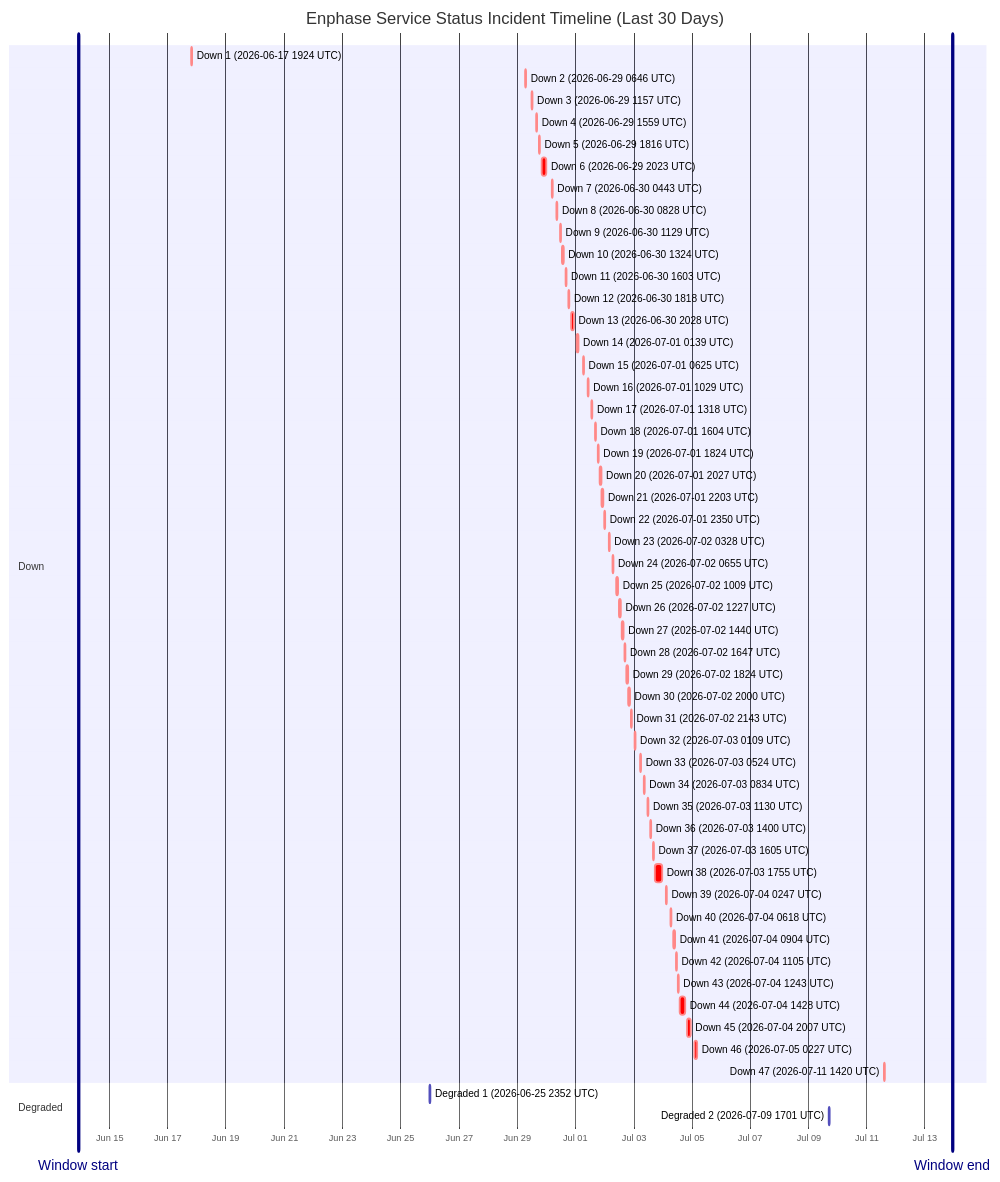
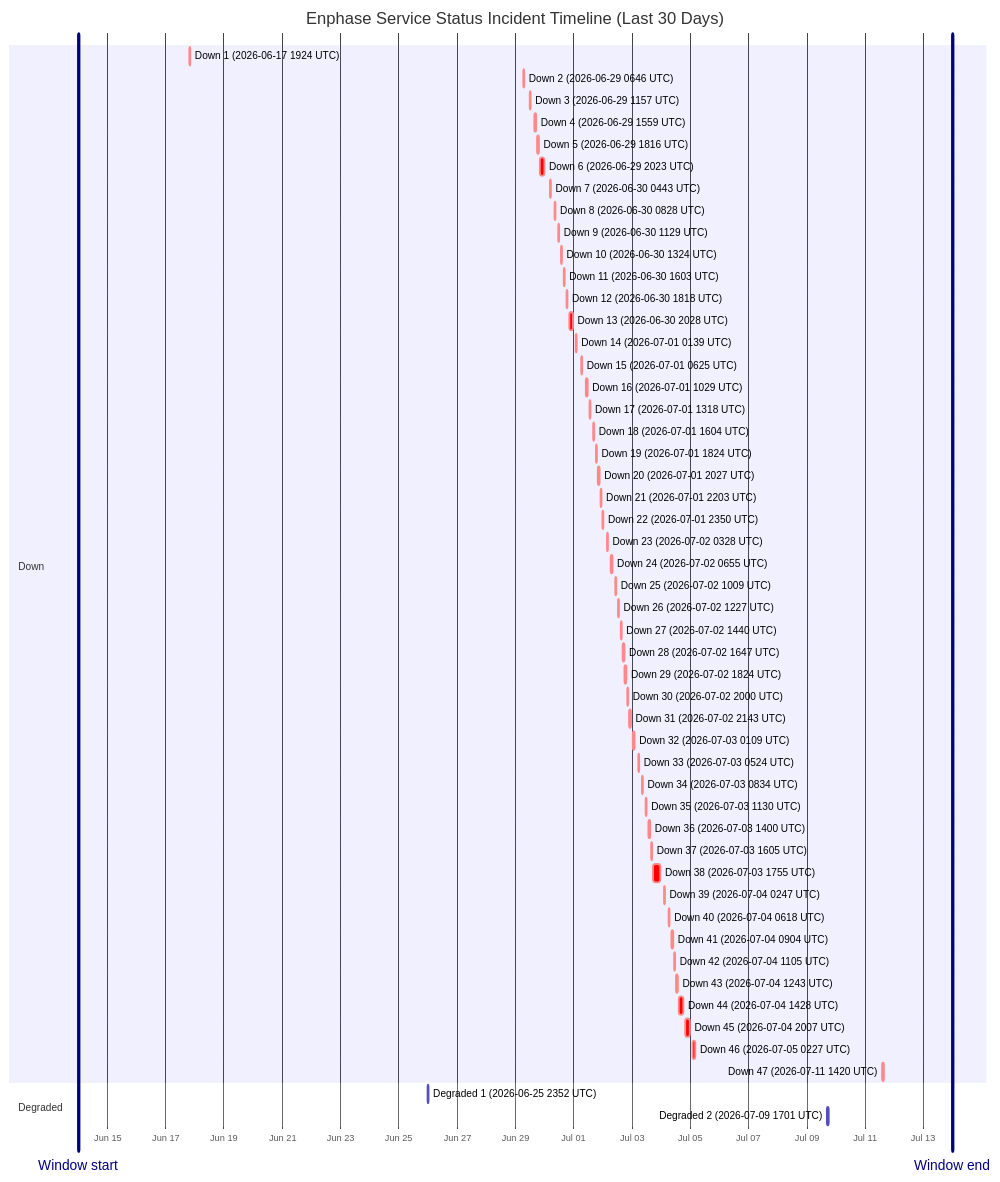
The diagram in wiki/Service-Status-History.md (barneyonline/ha-enphase-energy), drawn with Mermaid before and after one commit. The commit also changed other lines of this file and 3 other files, not shown here.

````diff
--- a/wiki/Service-Status-History.md
+++ b/wiki/Service-Status-History.md
@@ -14,59 +14,59 @@
 ```mermaid
 gantt
     title Enphase Service Status Incident Timeline (Last 30 Days)
     dateFormat  YYYY-MM-DDTHH:mm:ss
     axisFormat  %b %d
-    Window start :vert, window-start, 2026-06-13T22:30:11, 0ms
-    Window end :vert, window-end, 2026-07-13T22:30:11, 0ms
+    Window start :vert, window-start, 2026-06-13T23:53:21, 0ms
+    Window end :vert, window-end, 2026-07-13T23:53:21, 0ms
     section Down
     Down 1 (2026-06-17 1924 UTC) :crit, down-1, 2026-06-17T19:24:51, 60m
     Down 2 (2026-06-29 0646 UTC) :crit, down-2, 2026-06-29T06:46:18, 60m
     Down 3 (2026-06-29 1157 UTC) :crit, down-3, 2026-06-29T11:57:36, 60m
     Down 4 (2026-06-29 1559 UTC) :crit, down-4, 2026-06-29T15:59:02, 60m
     Down 5 (2026-06-29 1816 UTC) :crit, down-5, 2026-06-29T18:16:38, 60m
     Down 6 (2026-06-29 2023 UTC) :crit, down-6, 2026-06-29T20:23:16, 220m
     Down 7 (2026-06-30 0443 UTC) :crit, down-7, 2026-06-30T04:43:54, 60m
     Down 8 (2026-06-30 0828 UTC) :crit, down-8, 2026-06-30T08:28:43, 60m
     Down 9 (2026-06-30 1129 UTC) :crit, down-9, 2026-06-30T11:29:15, 60m
     Down 10 (2026-06-30 1324 UTC) :crit, down-10, 2026-06-30T13:24:25, 60m
     Down 11 (2026-06-30 1603 UTC) :crit, down-11, 2026-06-30T16:03:26, 60m
     Down 12 (2026-06-30 1818 UTC) :crit, down-12, 2026-06-30T18:18:39, 60m
     Down 13 (2026-06-30 2028 UTC) :crit, down-13, 2026-06-30T20:28:54, 171m
     Down 14 (2026-07-01 0139 UTC) :crit, down-14, 2026-07-01T01:39:18, 60m
     Down 15 (2026-07-01 0625 UTC) :crit, down-15, 2026-07-01T06:25:35, 60m
     Down 16 (2026-07-01 1029 UTC) :crit, down-16, 2026-07-01T10:29:24, 60m
     Down 17 (2026-07-01 1318 UTC) :crit, down-17, 2026-07-01T13:18:31, 60m
     Down 18 (2026-07-01 1604 UTC) :crit, down-18, 2026-07-01T16:04:29, 60m
     Down 19 (2026-07-01 1824 UTC) :crit, down-19, 2026-07-01T18:24:21, 60m
     Down 20 (2026-07-01 2027 UTC) :crit, down-20, 2026-07-01T20:27:17, 60m
     Down 21 (2026-07-01 2203 UTC) :crit, down-21, 2026-07-01T22:03:46, 60m
     Down 22 (2026-07-01 2350 UTC) :crit, down-22, 2026-07-01T23:50:52, 60m
     Down 23 (2026-07-02 0328 UTC) :crit, down-23, 2026-07-02T03:28:33, 60m
     Down 24 (2026-07-02 0655 UTC) :crit, down-24, 2026-07-02T06:55:07, 60m
     Down 25 (2026-07-02 1009 UTC) :crit, down-25, 2026-07-02T10:09:15, 60m
     Down 26 (2026-07-02 1227 UTC) :crit, down-26, 2026-07-02T12:27:49, 60m
     Down 27 (2026-07-02 1440 UTC) :crit, down-27, 2026-07-02T14:40:53, 60m
     Down 28 (2026-07-02 1647 UTC) :crit, down-28, 2026-07-02T16:47:47, 60m
     Down 29 (2026-07-02 1824 UTC) :crit, down-29, 2026-07-02T18:24:26, 60m
     Down 30 (2026-07-02 2000 UTC) :crit, down-30, 2026-07-02T20:00:57, 60m
     Down 31 (2026-07-02 2143 UTC) :crit, down-31, 2026-07-02T21:43:52, 80m
     Down 32 (2026-07-03 0109 UTC) :crit, down-32, 2026-07-03T01:09:19, 60m
     Down 33 (2026-07-03 0524 UTC) :crit, down-33, 2026-07-03T05:24:23, 60m
     Down 34 (2026-07-03 0834 UTC) :crit, down-34, 2026-07-03T08:34:05, 60m
     Down 35 (2026-07-03 1130 UTC) :crit, down-35, 2026-07-03T11:30:41, 60m
     Down 36 (2026-07-03 1400 UTC) :crit, down-36, 2026-07-03T14:00:48, 60m
     Down 37 (2026-07-03 1605 UTC) :crit, down-37, 2026-07-03T16:05:49, 60m
     Down 38 (2026-07-03 1755 UTC) :crit, down-38, 2026-07-03T17:55:54, 338m
     Down 39 (2026-07-04 0247 UTC) :crit, down-39, 2026-07-04T02:47:22, 60m
     Down 40 (2026-07-04 0618 UTC) :crit, down-40, 2026-07-04T06:18:09, 60m
     Down 41 (2026-07-04 0904 UTC) :crit, down-41, 2026-07-04T09:04:41, 60m
     Down 42 (2026-07-04 1105 UTC) :crit, down-42, 2026-07-04T11:05:21, 60m
     Down 43 (2026-07-04 1243 UTC) :crit, down-43, 2026-07-04T12:43:25, 60m
     Down 44 (2026-07-04 1428 UTC) :crit, down-44, 2026-07-04T14:28:07, 243m
     Down 45 (2026-07-04 2007 UTC) :crit, down-45, 2026-07-04T20:07:50, 206m
     Down 46 (2026-07-05 0227 UTC) :crit, down-46, 2026-07-05T02:27:32, 109m
     Down 47 (2026-07-11 1420 UTC) :crit, down-47, 2026-07-11T14:20:54, 69m
     section Degraded
     Degraded 1 (2026-06-25 2352 UTC) :active, degraded-1, 2026-06-25T23:52:01, 60m
     Degraded 2 (2026-07-09 1701 UTC) :active, degraded-2, 2026-07-09T17:01:02, 60m
 ```
````
